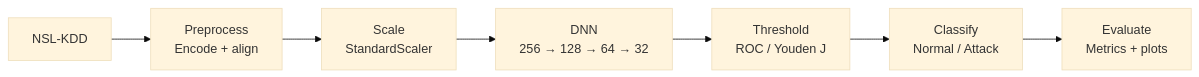
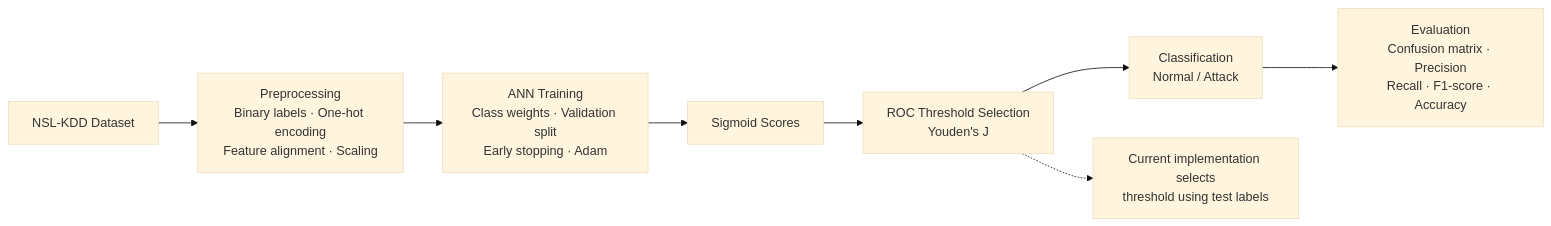
The diagram in Architecture/System_Architecture.md (SujitSaiY2007/AI-Driven-Intrusion-Detection-System-Using-DeepLearning), drawn with Mermaid (base theme) before and after one commit. The commit also changed other lines of this file, not shown here.

Commit message:
Align architecture flowchart with implemented training and evaluation pipeline

````diff
--- a/Architecture/System_Architecture.md
+++ b/Architecture/System_Architecture.md
@@ -186,9 +186,11 @@
 ```mermaid
 flowchart LR
-    A["NSL-KDD"] --> B["Preprocess<br/>Encode + align"]
-    B --> C["Scale<br/>StandardScaler"]
-    C --> D["DNN<br/>256 → 128 → 64 → 32"]
-    D --> E["Threshold<br/>ROC / Youden J"]
-    E --> F["Classify<br/>Normal / Attack"]
-    F --> G["Evaluate<br/>Metrics + plots"]
+    A["NSL-KDD Dataset"] --> B["Preprocessing<br/>Binary labels · One-hot encoding<br/>Feature alignment · Scaling"]
+    B --> C["ANN Training<br/>Class weights · Validation split<br/>Early stopping · Adam"]
+    C --> D["Sigmoid Scores"]
+    D --> E["ROC Threshold Selection<br/>Youden's J"]
+    E --> F["Classification<br/>Normal / Attack"]
+    F --> G["Evaluation<br/>Confusion matrix · Precision<br/>Recall · F1-score · Accuracy"]
+
+    E -.-> H["Current implementation selects<br/>threshold using test labels"]
 ```
````
